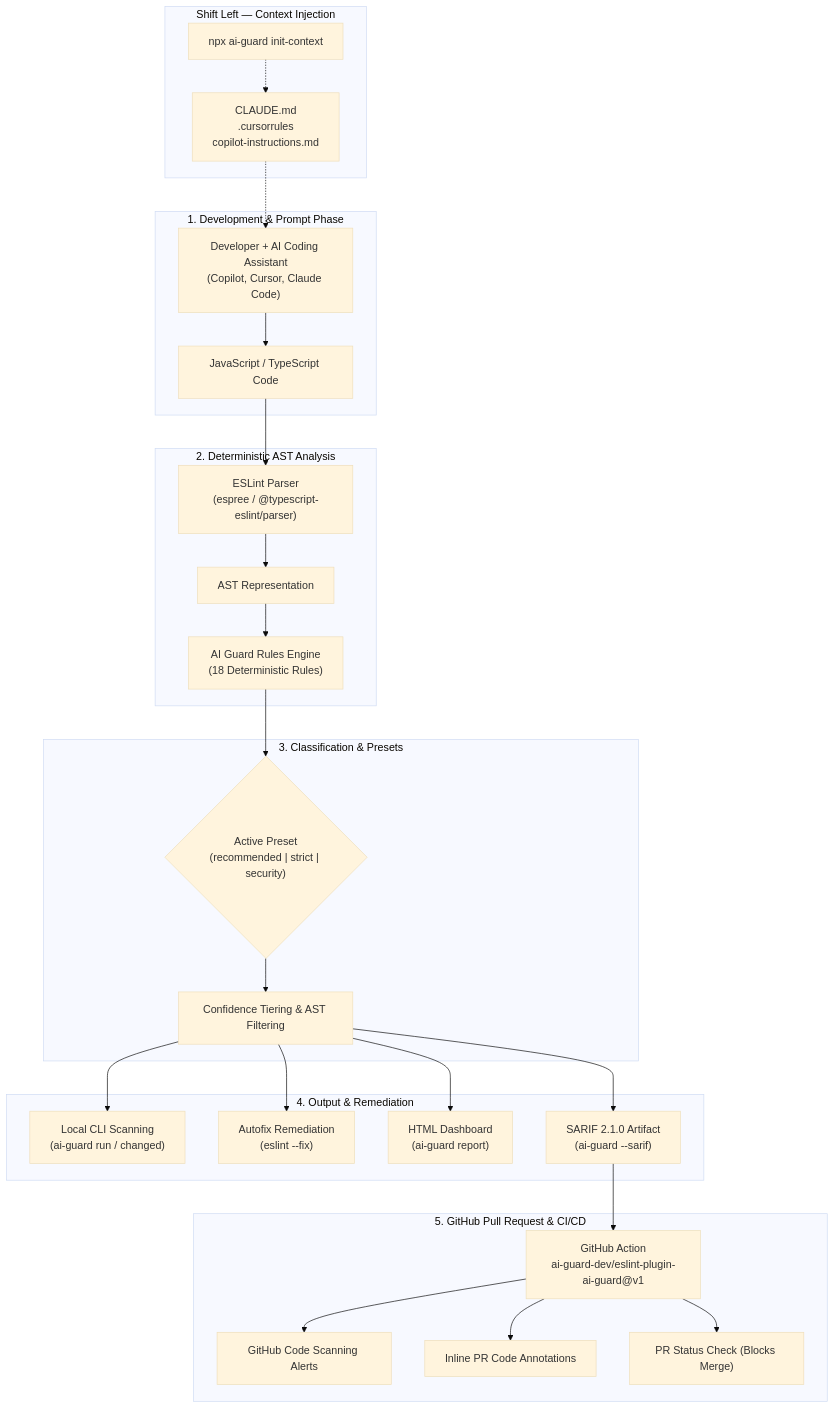
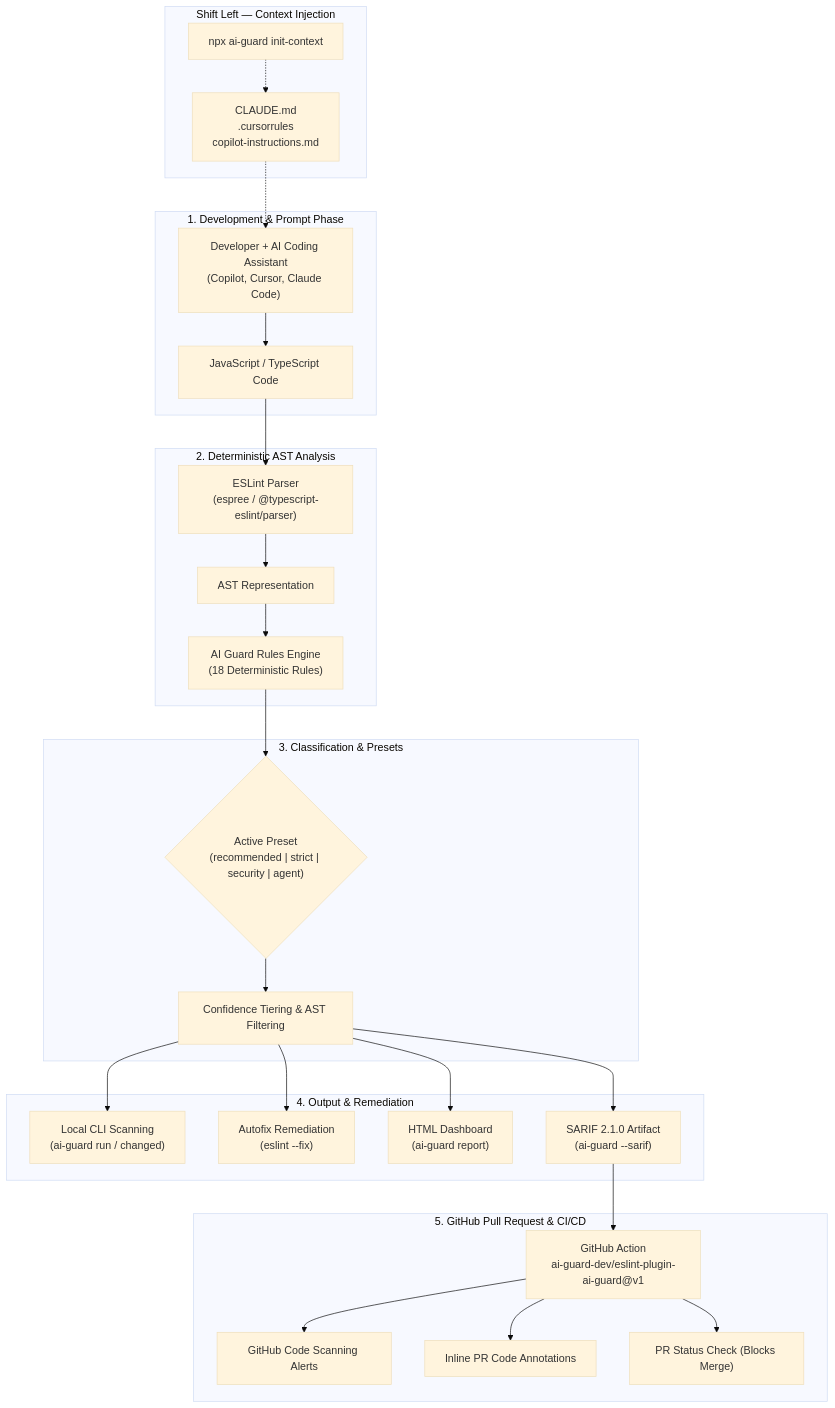
One commit to ai-guard-dev/eslint-plugin-ai-guard changed the diagram in README.md. Above: the diagram before and after it, drawn with Mermaid (base theme). The commit also changed 11 other files, not shown here.

````diff
--- a/README.md
+++ b/README.md
@@ -72,36 +72,36 @@
 ```mermaid
 flowchart TD
     subgraph Dev["1. Development & Prompt Phase"]
         A["Developer + AI Coding Assistant\n(Copilot, Cursor, Claude Code)"] --> B["JavaScript / TypeScript Code"]
     end
 
     subgraph ShiftLeft["Shift Left — Context Injection"]
         SL["npx ai-guard init-context"] -.-> CTX["CLAUDE.md\n.cursorrules\ncopilot-instructions.md"]
         CTX -.-> A
     end
 
     subgraph Analysis["2. Deterministic AST Analysis"]
         B --> C["ESLint Parser\n(espree / @typescript-eslint/parser)"]
         C --> D["AST Representation"]
         D --> E["AI Guard Rules Engine\n(18 Deterministic Rules)"]
     end
 
     subgraph Tiers["3. Classification & Presets"]
-        E --> F{"Active Preset\n(recommended | strict | security)"}
+        E --> F{"Active Preset\n(recommended | strict | security | agent)"}
         F --> G["Confidence Tiering & AST Filtering"]
     end
 
     subgraph Outputs["4. Output & Remediation"]
         G --> H["Local CLI Scanning\n(ai-guard run / changed)"]
         G --> I["Autofix Remediation\n(eslint --fix)"]
         G --> J["HTML Dashboard\n(ai-guard report)"]
         G --> K["SARIF 2.1.0 Artifact\n(ai-guard --sarif)"]
     end
 
     subgraph CI["5. GitHub Pull Request & CI/CD"]
         K --> L["GitHub Action\nai-guard-dev/eslint-plugin-ai-guard@v1"]
         L --> M["GitHub Code Scanning Alerts"]
         L --> N["Inline PR Code Annotations"]
         L --> O["PR Status Check (Blocks Merge)"]
     end
 ```
````
